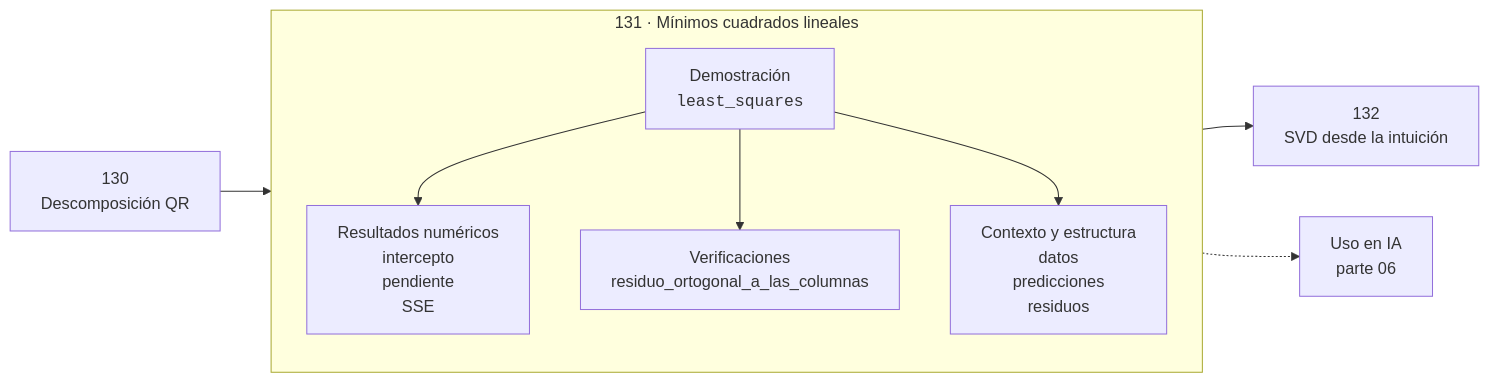
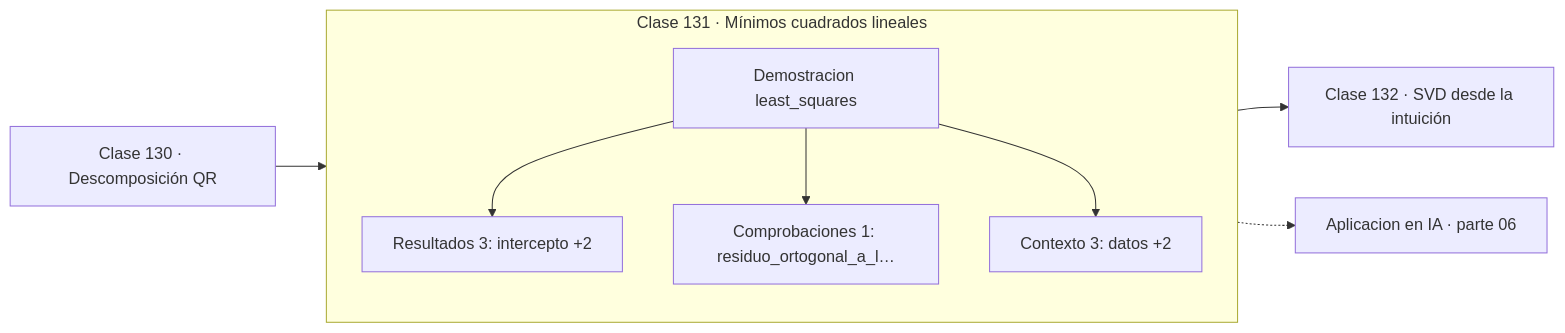
The diagram in classes/part-06-algebra-lineal-ii-descomposiciones-y-tensores/131-minimos-cuadrados-lineales/README.md (vladimiracunadev-create/computational-mathematics-program), drawn with Mermaid before and after one commit. The commit also changed 389 other files, not shown here.

First line of the commit message:
fix(diagramas): elimina el HTML de las etiquetas Mermaid

````diff
--- a/classes/part-06-algebra-lineal-ii-descomposiciones-y-tensores/131-minimos-cuadrados-lineales/README.md
+++ b/classes/part-06-algebra-lineal-ii-descomposiciones-y-tensores/131-minimos-cuadrados-lineales/README.md
@@ -30,12 +30,13 @@
 ```mermaid
 flowchart LR
-    P["130<br/>Descomposición QR"] --> C
-    subgraph C["131 · Mínimos cuadrados lineales"]
+    P["Clase 130 · Descomposición QR"] --> D
+    subgraph CLASE["Clase 131 · Mínimos cuadrados lineales"]
         direction TB
-        D["Demostración<br/><code>least_squares</code>"] --> R["Resultados numéricos<br/>intercepto<br/>pendiente<br/>SSE"]
-        D --> V["Verificaciones<br/>residuo_ortogonal_a_las_columnas"]
-        D --> O["Contexto y estructura<br/>datos<br/>predicciones<br/>residuos"]
+        D["Demostracion least_squares"]
+        D --> R["Resultados 3: intercepto +2"]
+        D --> V["Comprobaciones 1: residuo_ortogonal_a_l…"]
+        D --> O["Contexto 3: datos +2"]
     end
-    C --> N["132<br/>SVD desde la intuición"]
-    C -.-> IA["Uso en IA<br/>parte 06"]
+    R --> N["Clase 132 · SVD desde la intuición"]
+    V -.-> IA["Aplicacion en IA · parte 06"]
 ```
````
